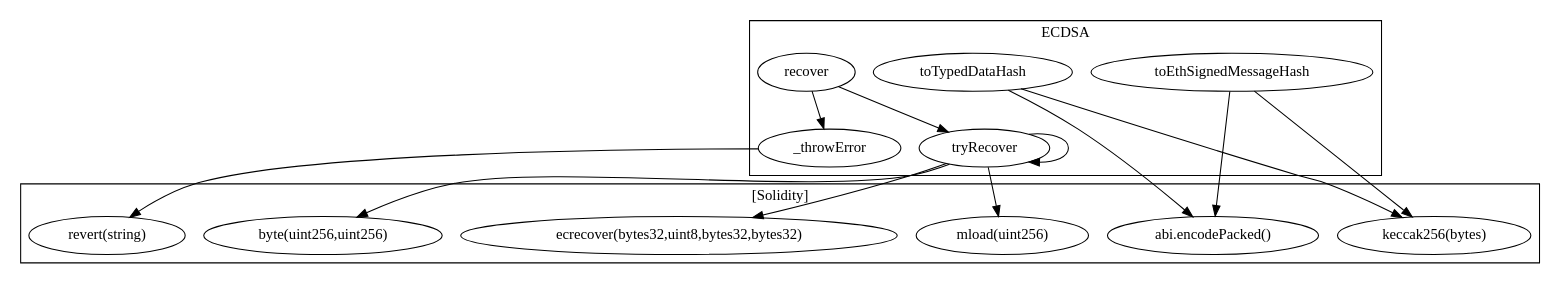
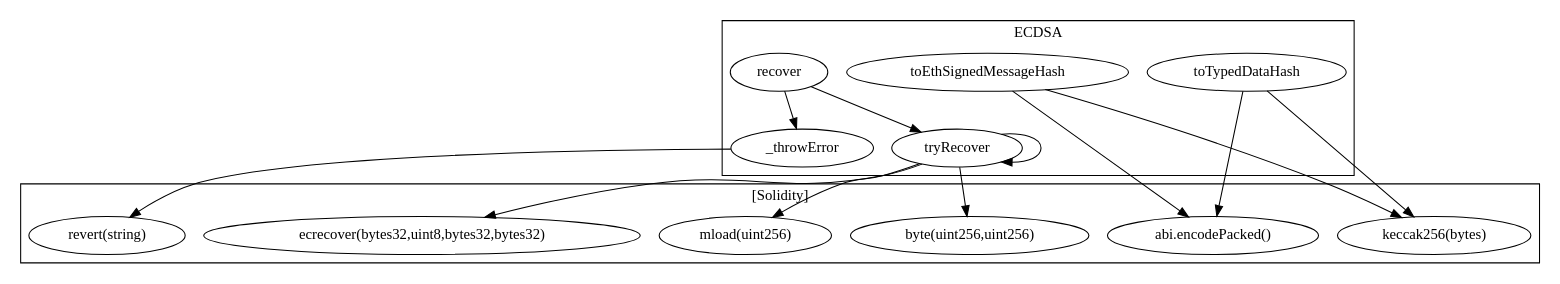
One commit to FlipsideCrypto/badger changed the diagram in contracts/build/...ECDSA.call-graph.dot. Above: the diagram before and after it, drawn with Graphviz. The commit also changed other lines of this file and 21 other files, not shown here.

```diff
--- a/contracts/build/...ECDSA.call-graph.dot
+++ b/contracts/build/...ECDSA.call-graph.dot
@@ -1,29 +1,29 @@
 strict digraph {
 subgraph cluster_3057_ECDSA {
 label = "ECDSA"
+"3057_toEthSignedMessageHash" [label="toEthSignedMessageHash"]
+"3057__throwError" [label="_throwError"]
 "3057_recover" [label="recover"]
-"3057__throwError" [label="_throwError"]
 "3057_tryRecover" [label="tryRecover"]
 "3057_toTypedDataHash" [label="toTypedDataHash"]
-"3057_toEthSignedMessageHash" [label="toEthSignedMessageHash"]
 "3057_recover" -> "3057__throwError"
+"3057_tryRecover" -> "3057_tryRecover"
 "3057_recover" -> "3057_tryRecover"
-"3057_tryRecover" -> "3057_tryRecover"
 }subgraph cluster_solidity {
 label = "[Solidity]"
+"mload(uint256)" 
+"revert(string)" 
 "ecrecover(bytes32,uint8,bytes32,bytes32)" 
 "byte(uint256,uint256)" 
 "abi.encodePacked()" 
-"mload(uint256)" 
-"revert(string)" 
 "keccak256(bytes)" 
+"3057_toEthSignedMessageHash" -> "abi.encodePacked()"
+"3057_toEthSignedMessageHash" -> "keccak256(bytes)"
+"3057_toTypedDataHash" -> "abi.encodePacked()"
+"3057_tryRecover" -> "ecrecover(bytes32,uint8,bytes32,bytes32)"
 "3057_tryRecover" -> "byte(uint256,uint256)"
+"3057_toTypedDataHash" -> "keccak256(bytes)"
+"3057_tryRecover" -> "mload(uint256)"
 "3057__throwError" -> "revert(string)"
-"3057_toEthSignedMessageHash" -> "abi.encodePacked()"
-"3057_toTypedDataHash" -> "abi.encodePacked()"
-"3057_tryRecover" -> "mload(uint256)"
-"3057_tryRecover" -> "ecrecover(bytes32,uint8,bytes32,bytes32)"
-"3057_toEthSignedMessageHash" -> "keccak256(bytes)"
-"3057_toTypedDataHash" -> "keccak256(bytes)"
 }
 }
```
